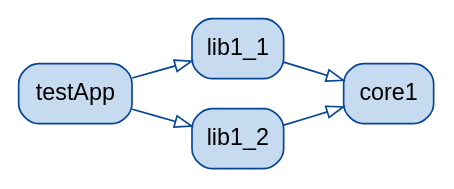
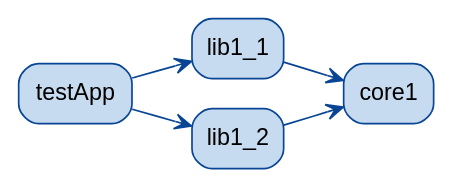
Before and after one commit to adammurdoch/build-builder: the diagram in src/doc/projects.dot, drawn with Graphviz. The commit also changed 4 other files, not shown here.

```diff
--- a/src/doc/projects.dot
+++ b/src/doc/projects.dot
@@ -1,9 +1,9 @@
 digraph projects {
     graph [rankdir="LR"]
     node [shape=box,style="rounded,filled",fontname="sans-serif",color="8",fillcolor="3",colorscheme="blues8"]
-    edge [arrowhead=onormal,color="8",colorscheme="blues8"]
+    edge [arrowhead=vee,color="8",colorscheme="blues8"]
     testApp -> lib1_1
     testApp -> lib1_2
     lib1_1 -> core1
     lib1_2 -> core1
 }
```
